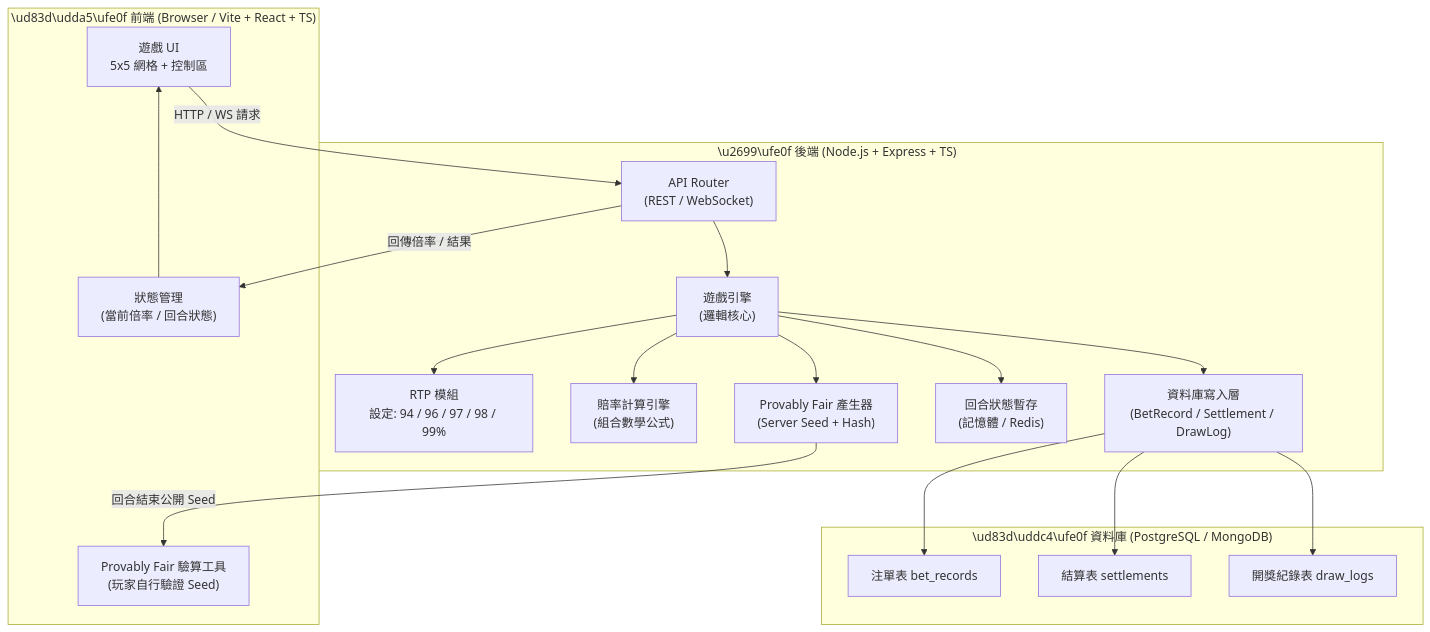
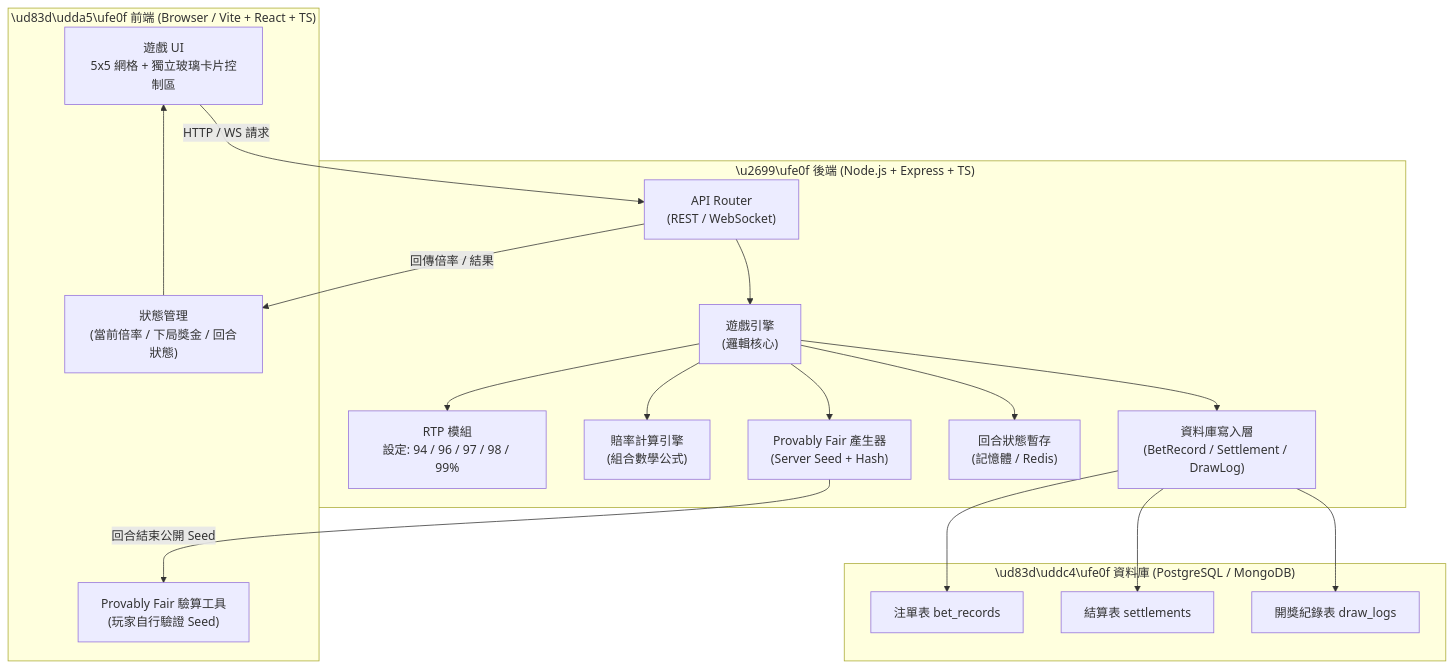
The first of 2 diagrams in proposal.md (dalemiao3721/mines-game-prototype), drawn with Mermaid before and after one commit. The commit also changed other lines of this file and 16 other files, not shown here.

````diff
--- a/proposal.md
+++ b/proposal.md
@@ -69,38 +69,38 @@
 ```mermaid
 graph TB
     subgraph Client["\ud83d\udda5\ufe0f  前端 (Browser / Vite + React + TS)"]
-        UI["遊戲 UI\n5x5 網格 + 控制區"]
-        State["狀態管理\n(當前倍率 / 回合狀態)"]
+        UI["遊戲 UI\n5x5 網格 + 獨立玻璃卡片控制區"]
+        State["狀態管理\n(當前倍率 / 下局獎金 / 回合狀態)"]
         FairVerify["Provably Fair 驗算工具\n(玩家自行驗證 Seed)"]
     end
 
     subgraph Backend["\u2699\ufe0f  後端 (Node.js + Express + TS)"]
         Router["API Router\n(REST / WebSocket)"]
         GameEngine["遊戲引擎\n(邏輯核心)"]
         RTPModule["RTP 模組\n設定: 94 / 96 / 97 / 98 / 99%"]
         MultiplierCalc["賠率計算引擎\n(組合數學公式)"]
         ProvenFair["Provably Fair 產生器\n(Server Seed + Hash)"]
         SessionStore["回合狀態暫存\n(記憶體 / Redis)"]
         DBWriter["資料庫寫入層\n(BetRecord / Settlement / DrawLog)"]
     end
 
     subgraph Database["\ud83d\uddc4\ufe0f  資料庫 (PostgreSQL / MongoDB)"]
         BetTable["注單表 bet_records"]
         SettleTable["結算表 settlements"]
         DrawTable["開獎紀錄表 draw_logs"]
     end
 
     UI -- "HTTP / WS 請求" --> Router
     Router --> GameEngine
     GameEngine --> RTPModule
     GameEngine --> MultiplierCalc
     GameEngine --> ProvenFair
     GameEngine --> SessionStore
     GameEngine --> DBWriter
     DBWriter --> BetTable
     DBWriter --> SettleTable
     DBWriter --> DrawTable
     Router -- "回傳倍率 / 結果" --> State
     State --> UI
     ProvenFair -- "回合結束公開 Seed" --> FairVerify
 ```
````
